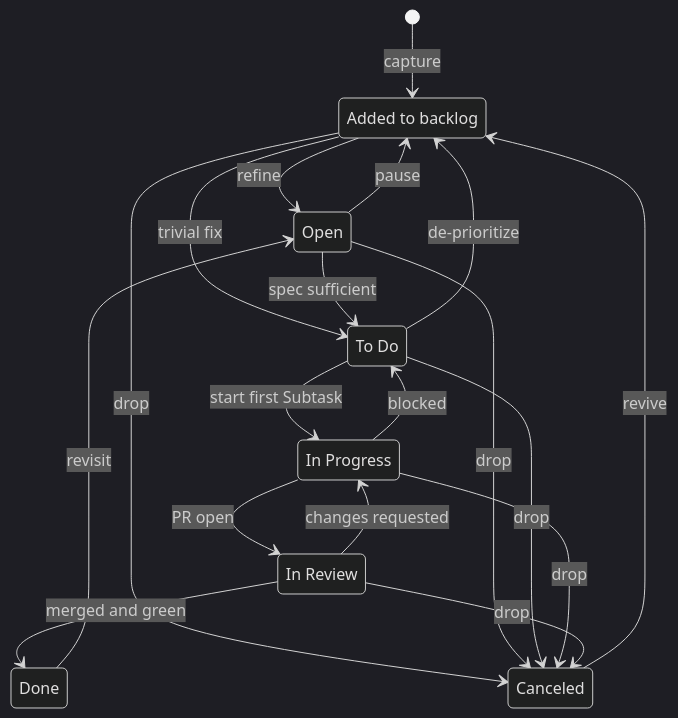
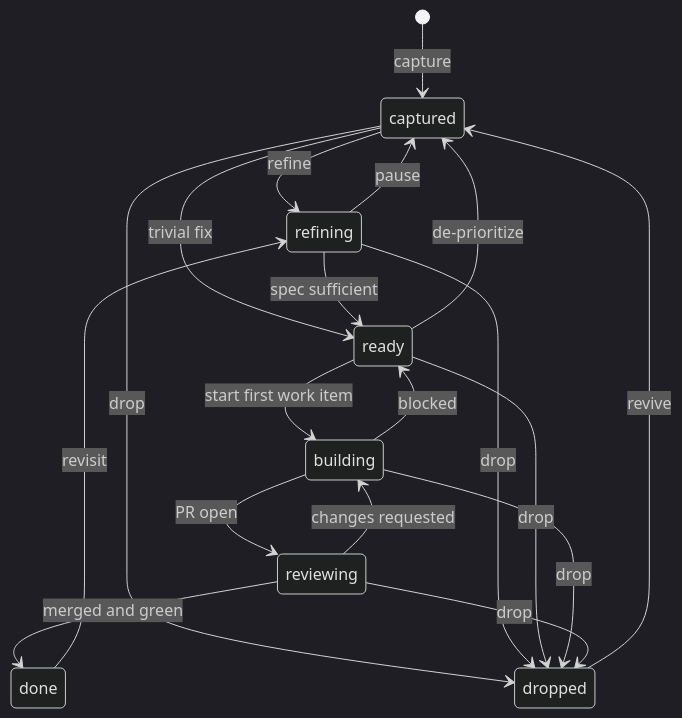
Before and after one commit to xenoterracide/agent-skills: the diagram in skills/jira-workflow/SKILL.md, drawn with Mermaid (dark theme). The commit also changed other lines of this file and 4 other files, not shown here.

````diff
--- a/skills/jira-workflow/SKILL.md
+++ b/skills/jira-workflow/SKILL.md
@@ -48,32 +48,27 @@
 ```mermaid
 stateDiagram-v2
-    state "Added to backlog" as AddedToBacklog
-    state "To Do" as ToDo
-    state "In Progress" as InProgress
-    state "In Review" as InReview
+    [*] --> captured: capture
 
-    [*] --> AddedToBacklog: capture
+    captured --> refining: refine
+    captured --> ready: trivial fix
+    captured --> dropped: drop
 
-    AddedToBacklog --> Open: refine
-    AddedToBacklog --> ToDo: trivial fix
-    AddedToBacklog --> Canceled: drop
+    refining --> ready: spec sufficient
+    refining --> captured: pause
+    refining --> dropped: drop
 
-    Open --> ToDo: spec sufficient
-    Open --> AddedToBacklog: pause
-    Open --> Canceled: drop
+    ready --> building: start first work item
+    ready --> captured: de-prioritize
+    ready --> dropped: drop
 
-    ToDo --> InProgress: start first Subtask
-    ToDo --> AddedToBacklog: de-prioritize
-    ToDo --> Canceled: drop
+    building --> reviewing: PR open
+    building --> ready: blocked
+    building --> dropped: drop
 
-    InProgress --> InReview: PR open
-    InProgress --> ToDo: blocked
-    InProgress --> Canceled: drop
+    reviewing --> done: merged and green
+    reviewing --> building: changes requested
+    reviewing --> dropped: drop
 
-    InReview --> Done: merged and green
-    InReview --> InProgress: changes requested
-    InReview --> Canceled: drop
-
-    Done --> Open: revisit
-    Canceled --> AddedToBacklog: revive
+    done --> refining: revisit
+    dropped --> captured: revive
 ```
````
